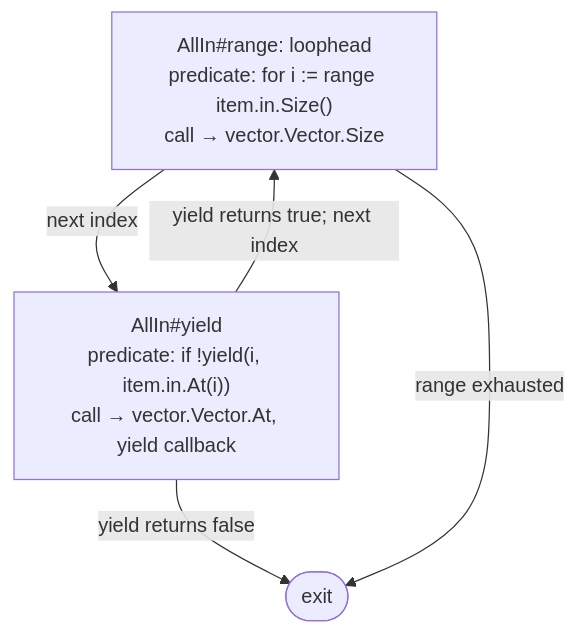
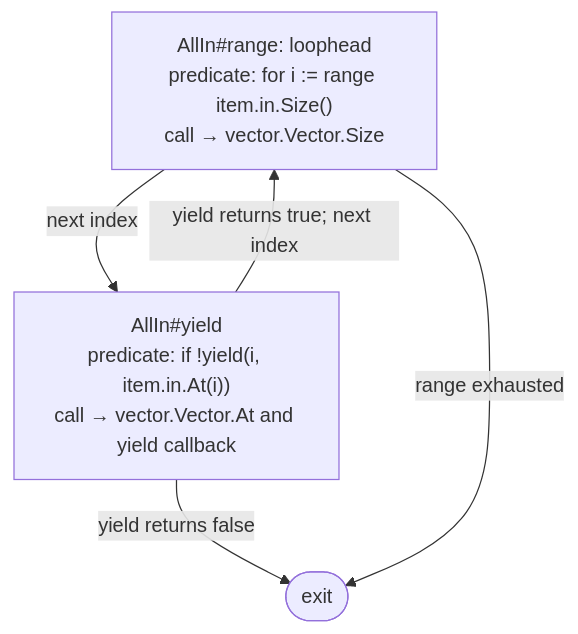
Before and after one commit to byron-hawkins/profit-triplet: diagram 11 of 15 in model/doc/dag.cfg.md, drawn with Mermaid. The commit also changed other lines of this file and 7 other files, not shown here.

````diff
--- a/model/doc/dag.cfg.md
+++ b/model/doc/dag.cfg.md
@@ -102,11 +119,11 @@
 ```mermaid
 flowchart TD
     In1["AllIn#range: loophead<br/>predicate: for i := range item.in.Size()<br/>call → vector.Vector.Size"]
-    In2["AllIn#yield<br/>predicate: if !yield(i, item.in.At(i))<br/>call → vector.Vector.At, yield callback"]
+    In2["AllIn#yield<br/>predicate: if !yield(i, item.in.At(i))<br/>call → vector.Vector.At and yield callback"]
     InExit(["exit"])
 
     In1 -->|next index| In2
     In2 -->|yield returns false| InExit
     In2 -->|yield returns true; next index| In1
     In1 -->|range exhausted| InExit
 ```
````
